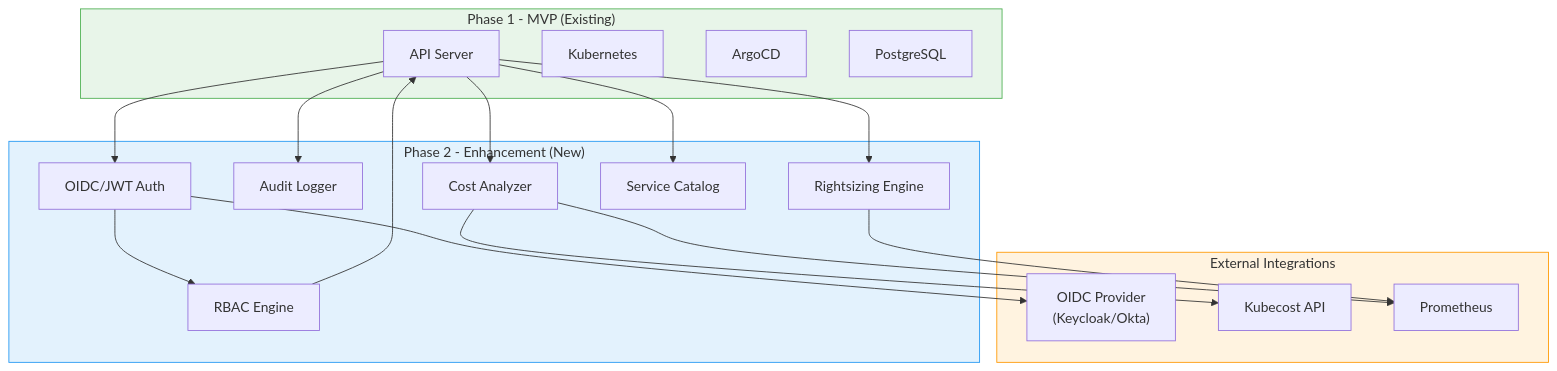
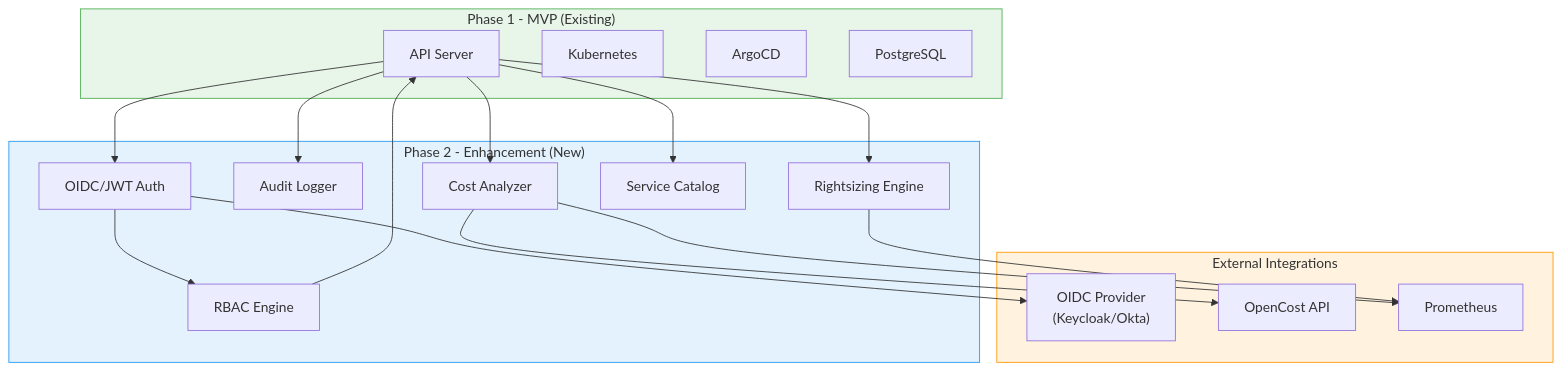
Before and after one commit to davidsugianto/idp-core: the diagram in docs/prd/PRD_PHASE_2.md, drawn with Mermaid. The commit also changed other lines of this file and 21 other files, not shown here.

````diff
--- a/docs/prd/PRD_PHASE_2.md
+++ b/docs/prd/PRD_PHASE_2.md
@@ -29,40 +29,40 @@
 ```mermaid
 flowchart TB
     subgraph Phase1 ["Phase 1 - MVP (Existing)"]
         API1["API Server"]
         K8s1["Kubernetes"]
         ArgoCD1["ArgoCD"]
         DB1["PostgreSQL"]
     end
 
     subgraph Phase2 ["Phase 2 - Enhancement (New)"]
         Auth["OIDC/JWT Auth"]
         RBAC["RBAC Engine"]
         Audit["Audit Logger"]
         Cost["Cost Analyzer"]
         Rightsizing["Rightsizing Engine"]
         Catalog["Service Catalog"]
     end
 
     subgraph External ["External Integrations"]
         OIDC["OIDC Provider<br/>(Keycloak/Okta)"]
-        Kubecost["Kubecost API"]
+        OpenCost["OpenCost API"]
         Prometheus["Prometheus"]
     end
 
     API1 --> Auth
     Auth --> RBAC
     RBAC --> API1
     API1 --> Audit
     API1 --> Cost
-    Cost --> Kubecost
+    Cost --> OpenCost
     Cost --> Prometheus
     API1 --> Rightsizing
     Rightsizing --> Prometheus
     API1 --> Catalog
     Auth --> OIDC
 
     style Phase1 fill:#e8f5e9,stroke:#4caf50
     style Phase2 fill:#e3f2fd,stroke:#2196f3
     style External fill:#fff3e0,stroke:#ff9800
 ```
````
